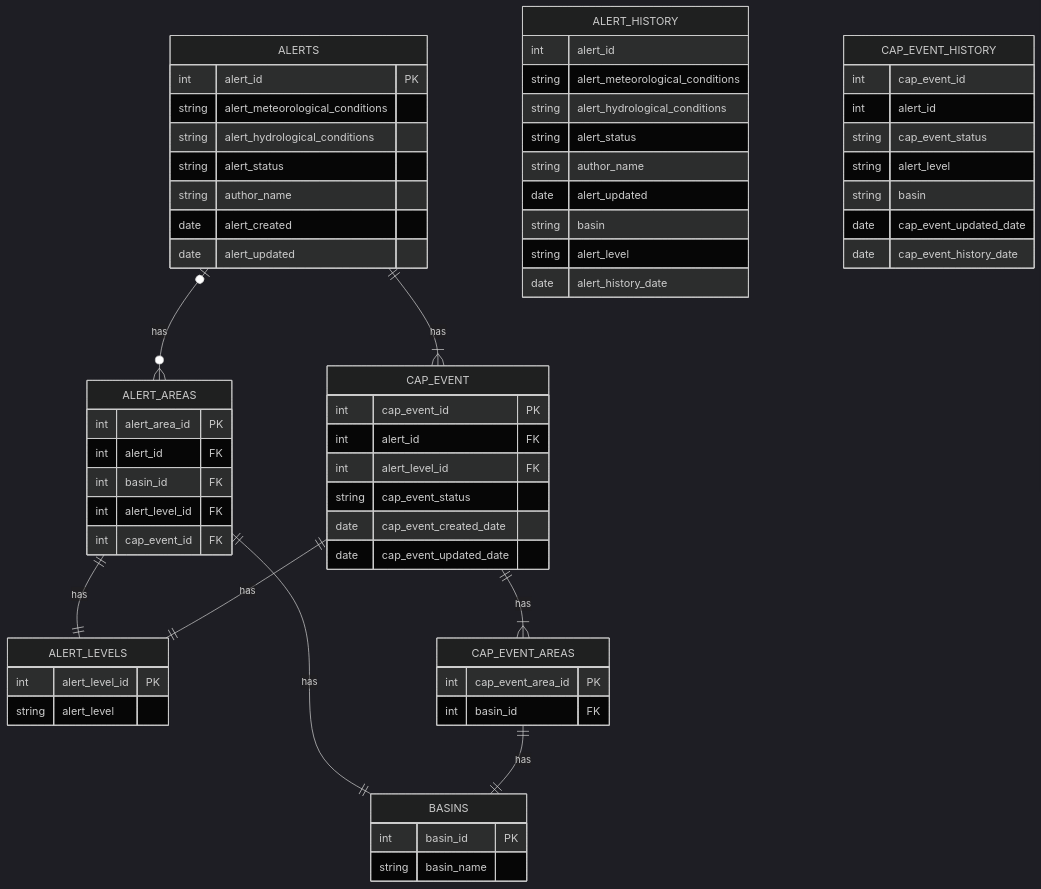
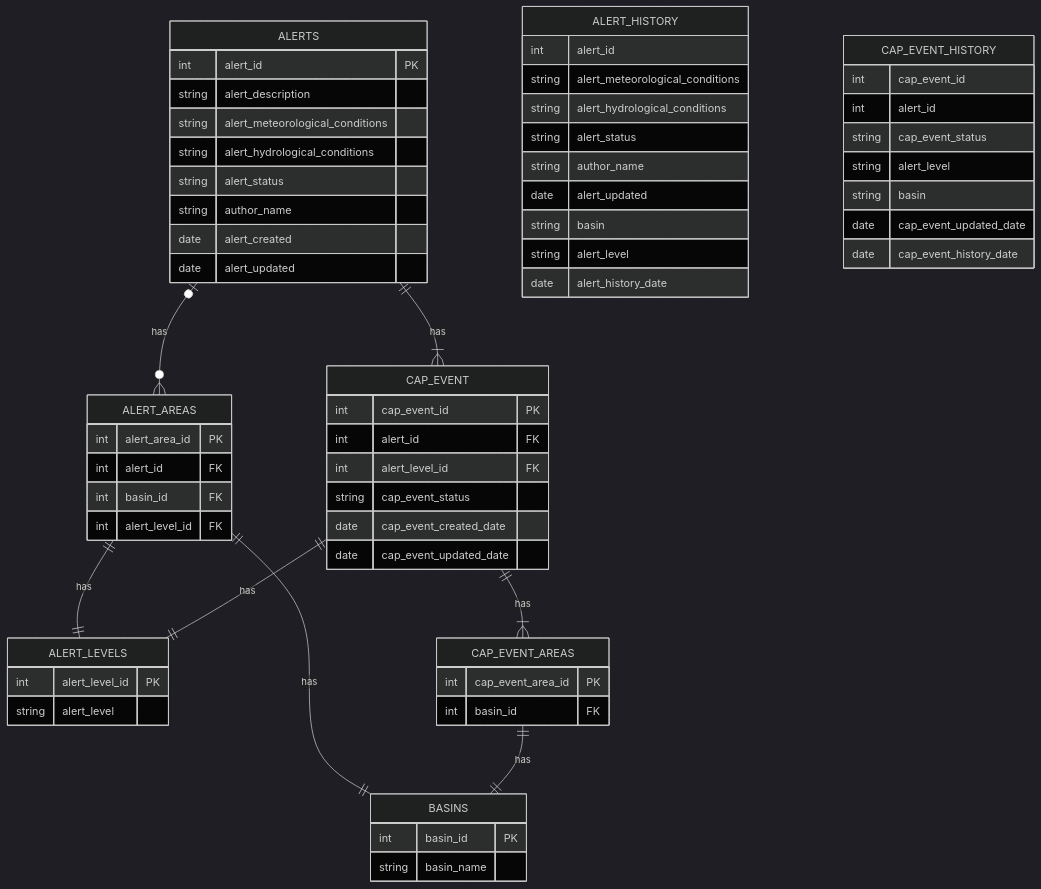
One commit to bcgov/nr-rfc-alertauthoring changed the diagram in docs/database.md. Above: the diagram before and after it, drawn with Mermaid (dark theme).

Commit message:
docs: update the datamodel docs

````diff
--- a/docs/database.md
+++ b/docs/database.md
@@ -6,68 +6,68 @@
 ```mermaid
 erDiagram
     ALERTS {
         int alert_id PK
+        string alert_description 
         string alert_meteorological_conditions
         string alert_hydrological_conditions
         string alert_status
         string author_name
         date alert_created
         date alert_updated
     }
     ALERT_LEVELS {
         int alert_level_id PK
         string alert_level
     }
     ALERT_AREAS {
         int alert_area_id PK
         int alert_id FK
         int basin_id FK
         int alert_level_id FK
-        int cap_event_id FK
     }
     BASINS {
         int basin_id PK
         string basin_name
     }
     CAP_EVENT {
         int cap_event_id PK
         int alert_id FK
         int alert_level_id FK
         string cap_event_status
         date cap_event_created_date
         date cap_event_updated_date
     }
     CAP_EVENT_AREAS {
         int cap_event_area_id PK
         int basin_id FK
     }
     ALERT_HISTORY {
         int alert_id
         string alert_meteorological_conditions
         string alert_hydrological_conditions
         string alert_status
         string author_name
         date alert_updated
         string basin
         string alert_level
         date alert_history_date
     }
     CAP_EVENT_HISTORY {
         int cap_event_id
         int alert_id
         string cap_event_status
         string alert_level
         string basin
         date cap_event_updated_date
         date cap_event_history_date
     }
 
 
     ALERTS o| --o{ ALERT_AREAS: "has"
     ALERT_AREAS || --|| ALERT_LEVELS: "has"
     ALERT_AREAS || --|| BASINS: "has"
     CAP_EVENT || --|{ CAP_EVENT_AREAS: "has"
     CAP_EVENT || --|| ALERT_LEVELS: "has"
     ALERTS || --|{ CAP_EVENT: "has"
     CAP_EVENT_AREAS || --|| BASINS: "has"
 ```
````
